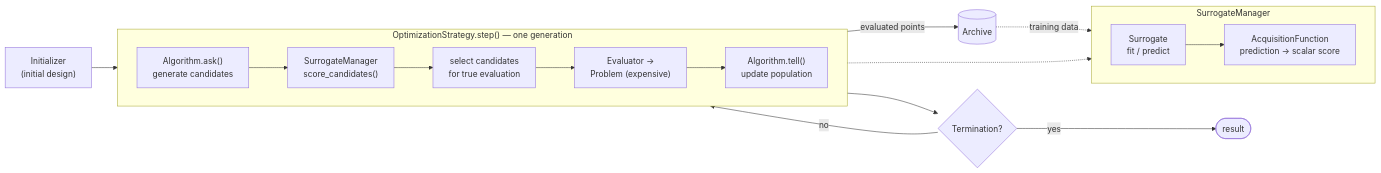
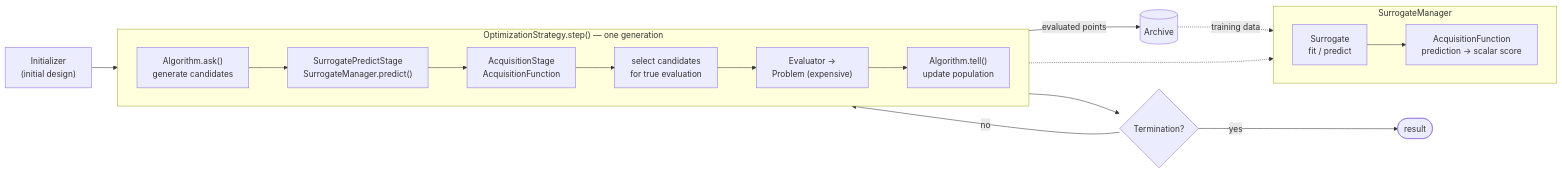
The diagram in README.md (shlka/saealib), drawn with Mermaid before and after one commit. The commit also changed other lines of this file and 107 other files, not shown here.

````diff
--- a/README.md
+++ b/README.md
@@ -164,21 +164,22 @@
 ```mermaid
 flowchart LR
     INIT["Initializer<br/>(initial design)"] --> STEP
     subgraph STEP["OptimizationStrategy.step() — one generation"]
         direction LR
-        ASK["Algorithm.ask()<br/>generate candidates"] --> SCORE["SurrogateManager<br/>score_candidates()"]
+        ASK["Algorithm.ask()<br/>generate candidates"] --> PREDICT["SurrogatePredictStage<br/>SurrogateManager.predict()"]
+        PREDICT --> SCORE["AcquisitionStage<br/>AcquisitionFunction"]
         SCORE --> SEL["select candidates<br/>for true evaluation"]
         SEL --> EVAL["Evaluator →<br/>Problem (expensive)"]
         EVAL --> TELL["Algorithm.tell()<br/>update population"]
     end
     STEP --> TERM{"Termination?"}
     TERM -- "no" --> STEP
     TERM -- "yes" --> RESULT([result])
     subgraph SM["SurrogateManager"]
         direction LR
         SUR["Surrogate<br/>fit / predict"] --> ACQ["AcquisitionFunction<br/>prediction → scalar score"]
     end
     SCORE -.-> SM
     EVAL -- "evaluated points" --> ARC[("Archive")]
     ARC -. "training data" .-> SUR
 ```
````
